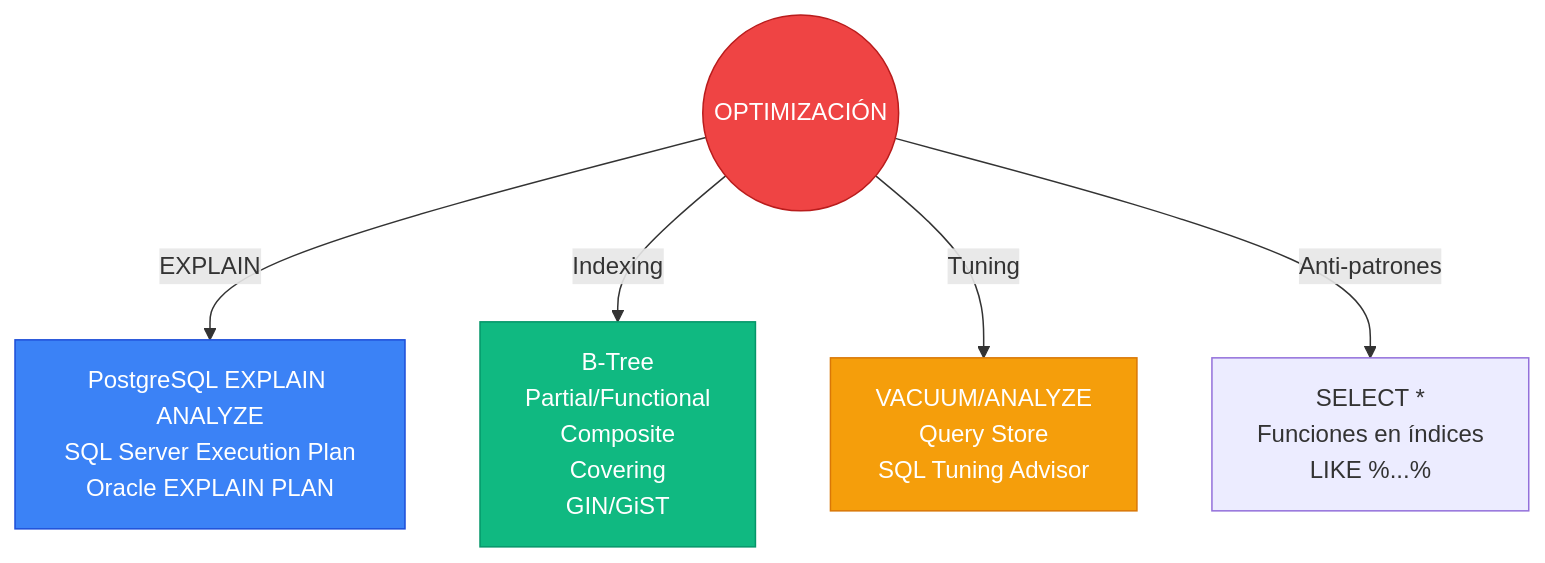
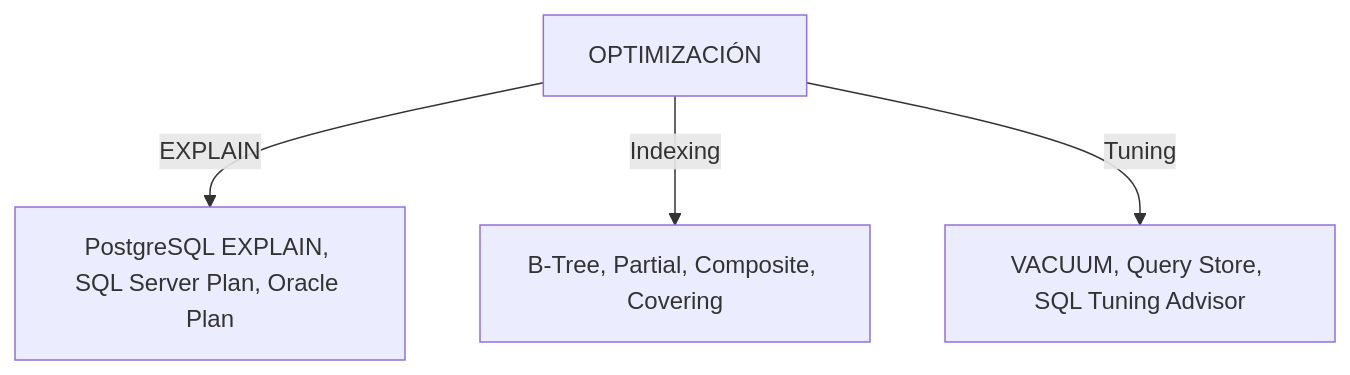
One commit to rraulherediaa/PracticasEstructurasDatos changed the eighth of 12 diagrams in diagramas.md. Above: the diagram before and after it, drawn with Mermaid. The commit also changed other lines of this file and 1 other file, not shown here.

Commit message:
fix: simplificar diagramas Mermaid al máximo para asegurar compatibilidad total

````diff
--- a/diagramas.md
+++ b/diagramas.md
@@ -163,18 +98,8 @@
 ```mermaid
 flowchart TD
-    Opt(("OPTIMIZACIÓN"))
+    Opt["OPTIMIZACIÓN"]
     
-    Opt -->|EXPLAIN| EXP["PostgreSQL EXPLAIN ANALYZE<br/>SQL Server Execution Plan<br/>Oracle EXPLAIN PLAN"]
-    Opt -->|Indexing| IDX["B-Tree<br/>Partial/Functional<br/>Composite<br/>Covering<br/>GIN/GiST"]
-    Opt -->|Tuning| TUN["VACUUM/ANALYZE<br/>Query Store<br/>SQL Tuning Advisor"]
-    Opt -->|Anti-patrones| ANTI["SELECT *<br/>Funciones en índices<br/>LIKE %...%"]
-
-    classDef core fill:#ef4444,color:#fff,stroke:#b91c1c
-    classDef explain fill:#3b82f6,color:#fff,stroke:#1d4ed8
-    classDef index fill:#10b981,color:#fff,stroke:#059669
-    classDef tune fill:#f59e0b,color:#fff,stroke:#d97706
-    class Opt core
-    class EXP explain
-    class IDX index
-    class TUN tune
+    Opt -->|EXPLAIN| EXP["PostgreSQL EXPLAIN, SQL Server Plan, Oracle Plan"]
+    Opt -->|Indexing| IDX["B-Tree, Partial, Composite, Covering"]
+    Opt -->|Tuning| TUN["VACUUM, Query Store, SQL Tuning Advisor"]
 ```
````
